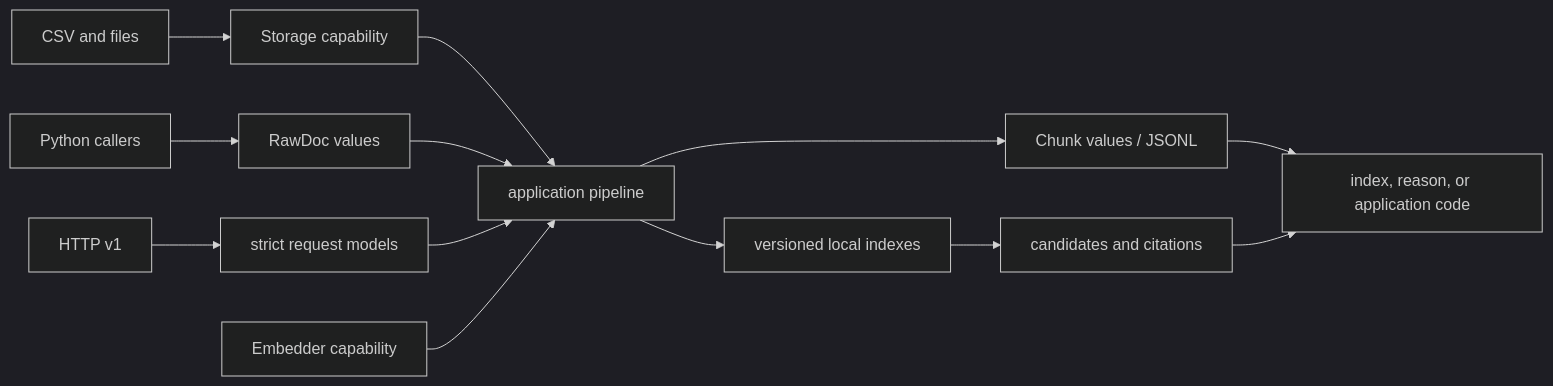
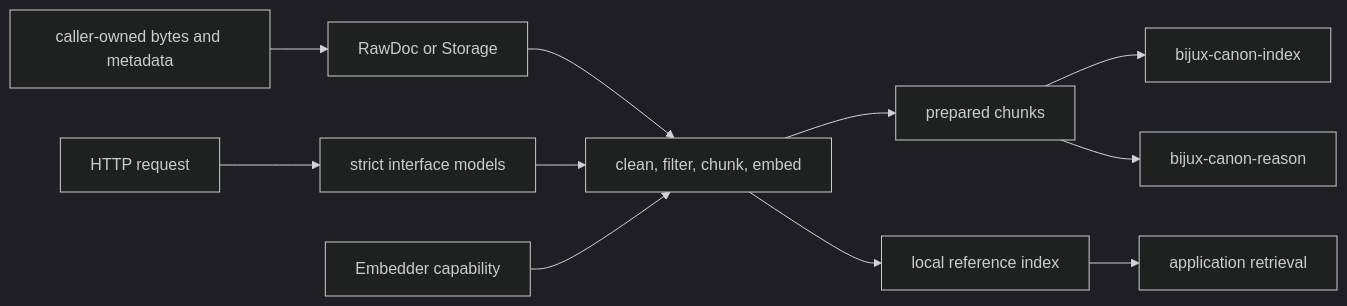
One commit to bijux/bijux-canon changed the first of 2 diagrams in docs/02-bijux-canon-ingest/architecture/integration-seams.md. Above: the diagram before and after it, drawn with Mermaid (dark theme). The commit also changed other lines of this file and 1 other file, not shown here.

````diff
--- a/docs/02-bijux-canon-ingest/architecture/integration-seams.md
+++ b/docs/02-bijux-canon-ingest/architecture/integration-seams.md
@@ -19,15 +19,13 @@
 ```mermaid
 flowchart LR
-    files["CSV and files"] --> storage["Storage capability"]
-    callers["Python callers"] --> docs["RawDoc values"]
-    http["HTTP v1"] --> models["strict request models"]
-    storage --> pipeline["application pipeline"]
-    docs --> pipeline
-    models --> pipeline
+    caller["caller-owned bytes and metadata"] --> input["RawDoc or Storage"]
+    http["HTTP request"] --> boundary["strict interface models"]
+    input --> pipeline["clean, filter, chunk, embed"]
+    boundary --> pipeline
     embedder["Embedder capability"] --> pipeline
-    pipeline --> chunks["Chunk values / JSONL"]
-    pipeline --> indexes["versioned local indexes"]
-    indexes --> candidates["candidates and citations"]
-    chunks --> downstream["index, reason, or application code"]
-    candidates --> downstream
+    pipeline --> chunks["prepared chunks"]
+    pipeline --> local["local reference index"]
+    chunks --> index["bijux-canon-index"]
+    local --> app["application retrieval"]
+    chunks --> reason["bijux-canon-reason"]
 ```
````
